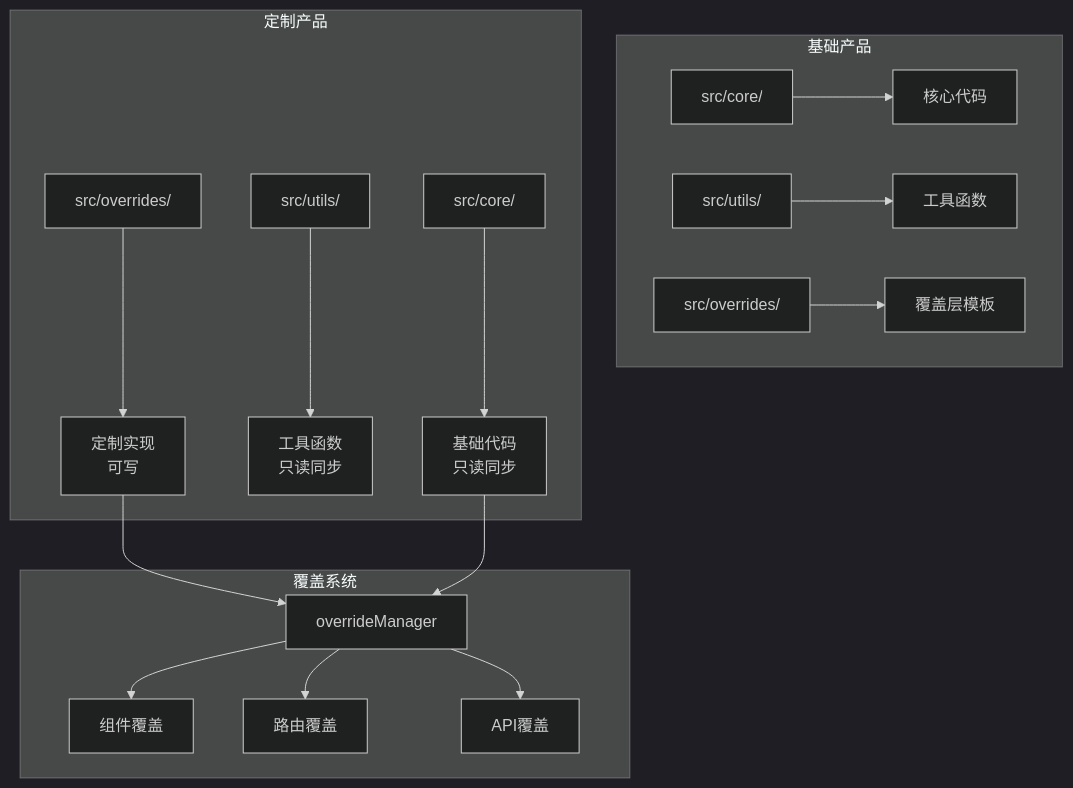
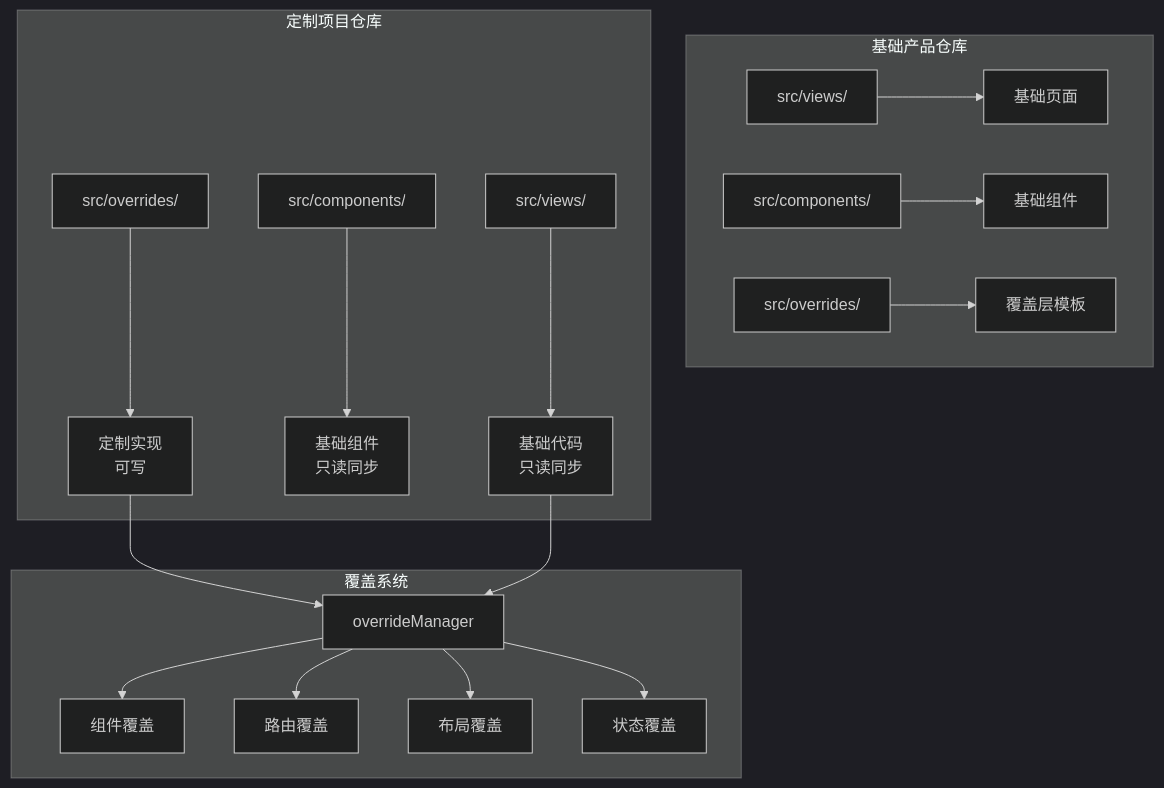
Before and after one commit to sunweijieMJ/aix: the diagram in docs/rfcs/customization-merge-strategy.md, drawn with Mermaid (dark theme). The commit also changed other lines of this file, not shown here.

````diff
--- a/docs/rfcs/customization-merge-strategy.md
+++ b/docs/rfcs/customization-merge-strategy.md
@@ -61,23 +64,24 @@
 ```mermaid
 flowchart TB
-    subgraph "基础产品"
-        A[src/core/] --> B[核心代码]
-        C[src/utils/] --> D[工具函数]
+    subgraph "基础产品仓库"
+        A[src/views/] --> B[基础页面]
+        C[src/components/] --> D[基础组件]
         E[src/overrides/] --> F[覆盖层模板]
     end
 
-    subgraph "定制产品"
-        G[src/core/] --> H[基础代码<br/>只读同步]
-        I[src/utils/] --> J[工具函数<br/>只读同步]
+    subgraph "定制项目仓库"
+        G[src/views/] --> H[基础代码<br/>只读同步]
+        I[src/components/] --> J[基础组件<br/>只读同步]
         K[src/overrides/] --> L[定制实现<br/>可写]
     end
 
     subgraph "覆盖系统"
         M[overrideManager] --> N[组件覆盖]
         M --> O[路由覆盖]
-        M --> P[API覆盖]
+        M --> P[布局覆盖]
+        M --> Q[状态覆盖]
     end
 
     L --> M
     H --> M
 ```
````
